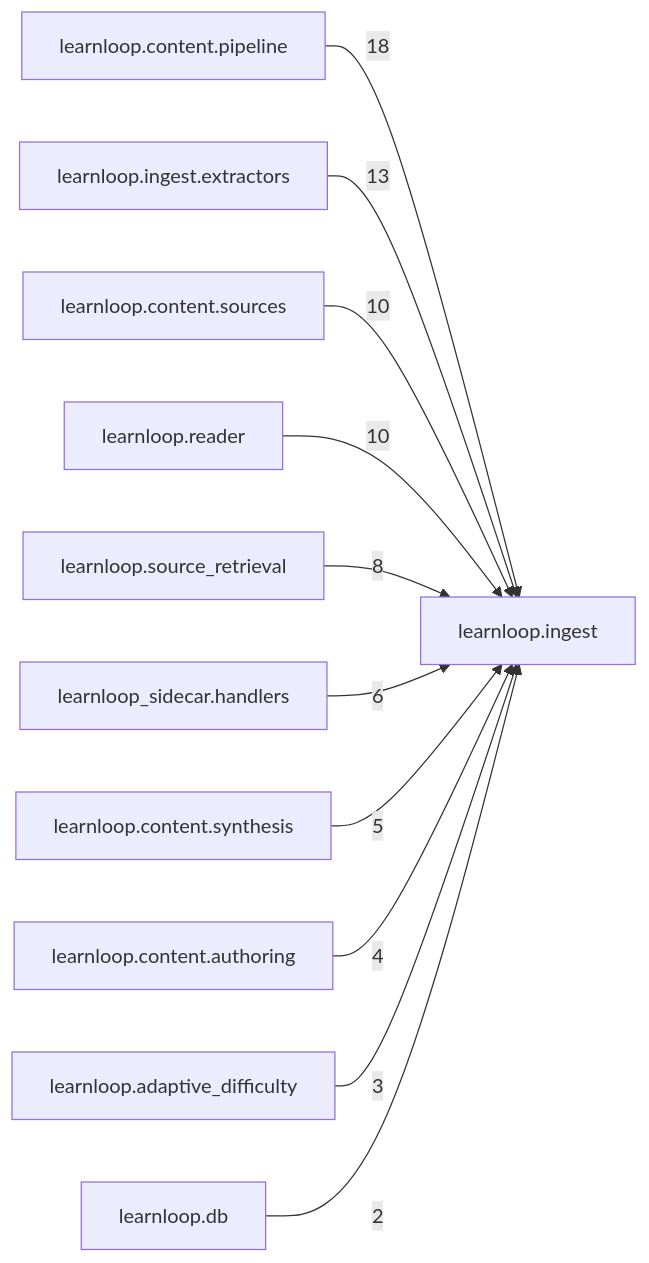
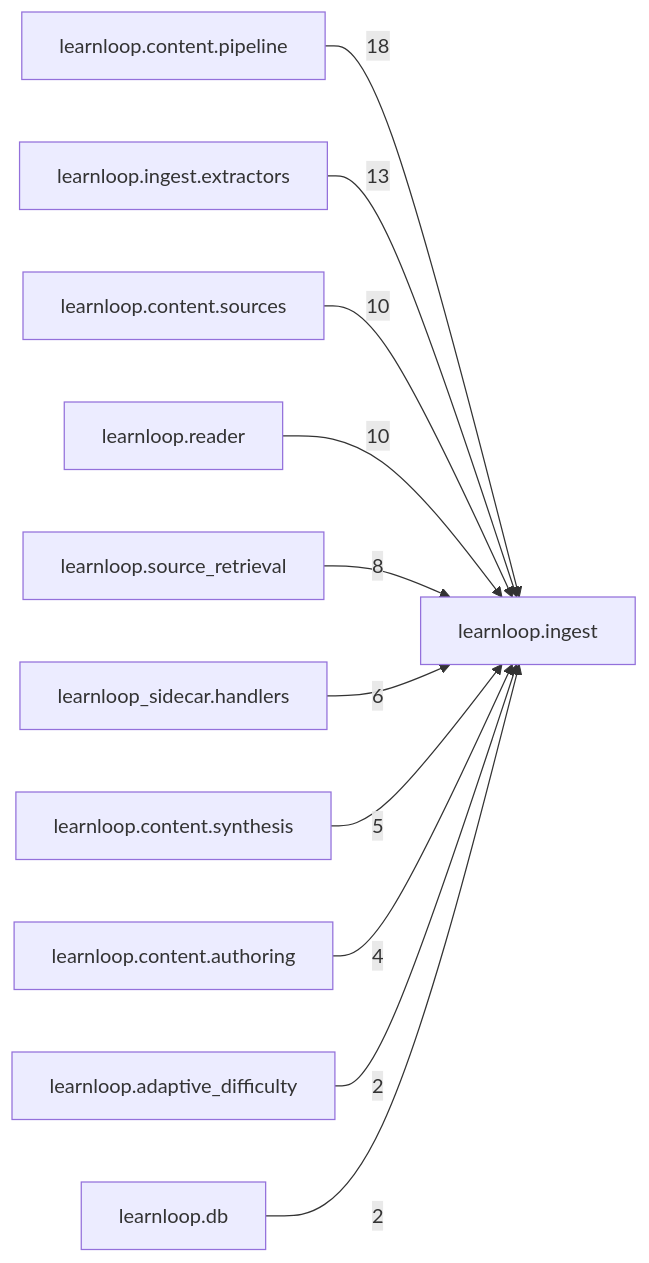
The diagram in docs/learnloop-architecture-vault/Reference/Modules/learnloop/ingest/_package.md (6up-b/learnanything), drawn with Mermaid before and after one commit. The commit also changed other lines of this file and 590 other files, not shown here.

````diff
--- a/docs/learnloop-architecture-vault/Reference/Modules/learnloop/ingest/_package.md
+++ b/docs/learnloop-architecture-vault/Reference/Modules/learnloop/ingest/_package.md
@@ -114,24 +115,24 @@
 ```mermaid
 flowchart LR
     center["learnloop.ingest"]
     n_learnloop_content_pipeline["learnloop.content.pipeline"]
     n_learnloop_ingest_extractors["learnloop.ingest.extractors"]
     n_learnloop_content_sources["learnloop.content.sources"]
     n_learnloop_reader["learnloop.reader"]
     n_learnloop_source_retrieval["learnloop.source_retrieval"]
     n_learnloop_sidecar_handlers["learnloop_sidecar.handlers"]
     n_learnloop_content_synthesis["learnloop.content.synthesis"]
     n_learnloop_content_authoring["learnloop.content.authoring"]
     n_learnloop_adaptive_difficulty["learnloop.adaptive_difficulty"]
     n_learnloop_db["learnloop.db"]
     n_learnloop_content_pipeline -->|18| center
     n_learnloop_ingest_extractors -->|13| center
     n_learnloop_content_sources -->|10| center
     n_learnloop_reader -->|10| center
     n_learnloop_source_retrieval -->|8| center
     n_learnloop_sidecar_handlers -->|6| center
     n_learnloop_content_synthesis -->|5| center
     n_learnloop_content_authoring -->|4| center
-    n_learnloop_adaptive_difficulty -->|3| center
+    n_learnloop_adaptive_difficulty -->|2| center
     n_learnloop_db -->|2| center
 ```
````
